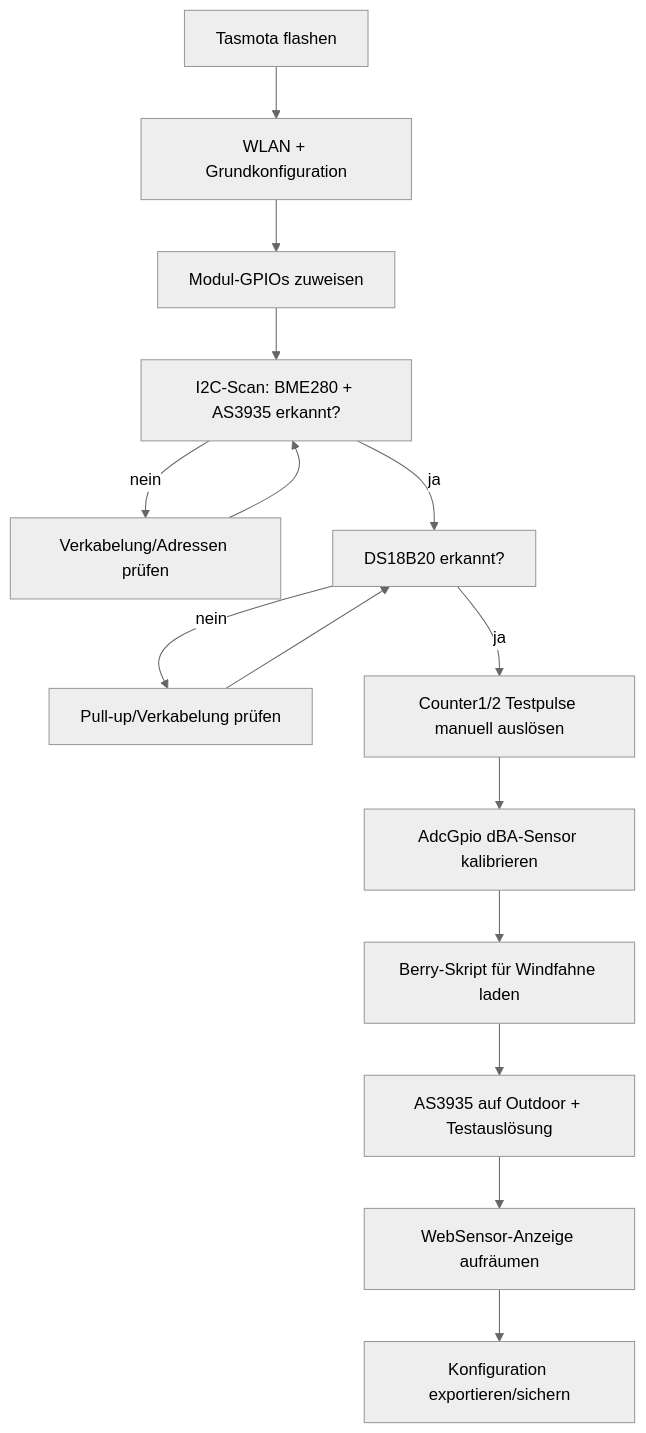
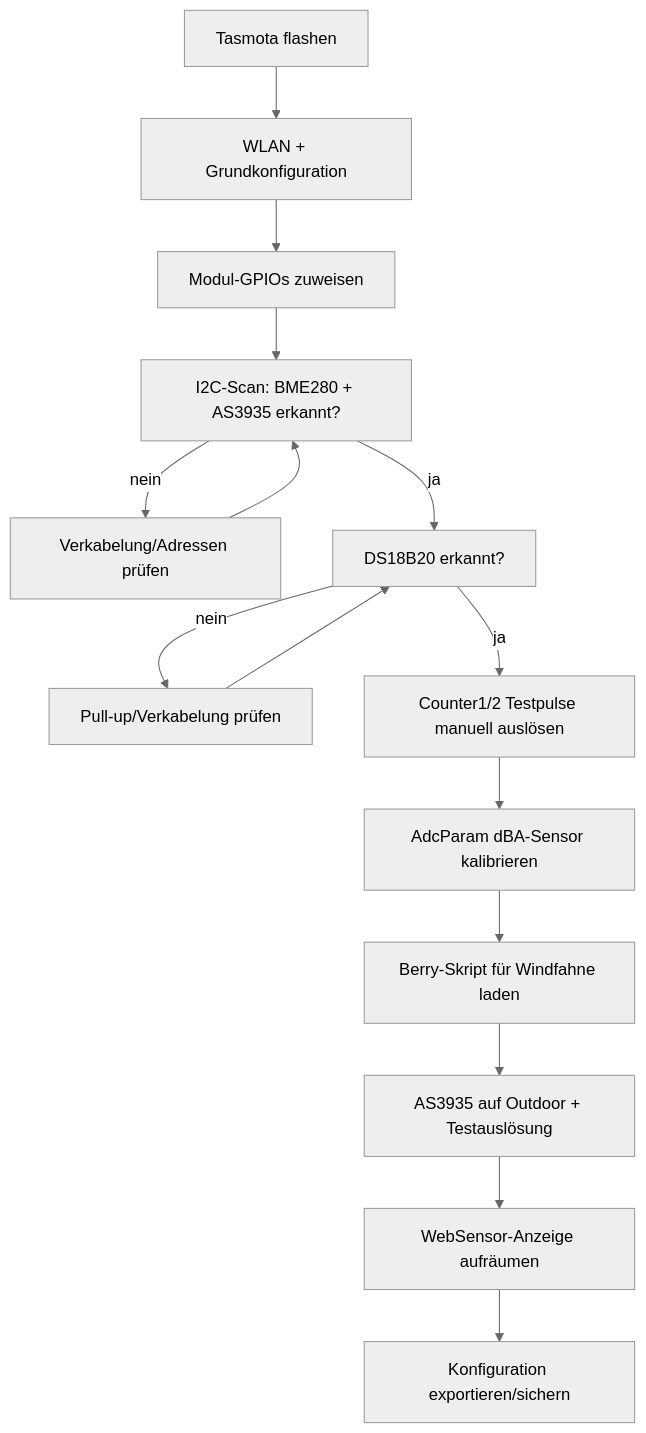
One commit to icepaule/IceWeatherstation changed the diagram in docs/tasmota-config.md. Above: the diagram before and after it, drawn with Mermaid (neutral theme). The commit also changed other lines of this file and 5 other files, not shown here.

````diff
--- a/docs/tasmota-config.md
+++ b/docs/tasmota-config.md
@@ -80,17 +90,17 @@
 ```mermaid
 flowchart TD
     A[Tasmota flashen] --> B[WLAN + Grundkonfiguration]
     B --> C[Modul-GPIOs zuweisen]
     C --> D[I2C-Scan: BME280 + AS3935 erkannt?]
     D -->|nein| D1[Verkabelung/Adressen prüfen]
     D1 --> D
     D -->|ja| E[DS18B20 erkannt?]
     E -->|nein| E1[Pull-up/Verkabelung prüfen]
     E1 --> E
     E -->|ja| F[Counter1/2 Testpulse manuell auslösen]
-    F --> G[AdcGpio dBA-Sensor kalibrieren]
+    F --> G[AdcParam dBA-Sensor kalibrieren]
     G --> H[Berry-Skript für Windfahne laden]
     H --> I[AS3935 auf Outdoor + Testauslösung]
     I --> J[WebSensor-Anzeige aufräumen]
     J --> K[Konfiguration exportieren/sichern]
 ```
````
